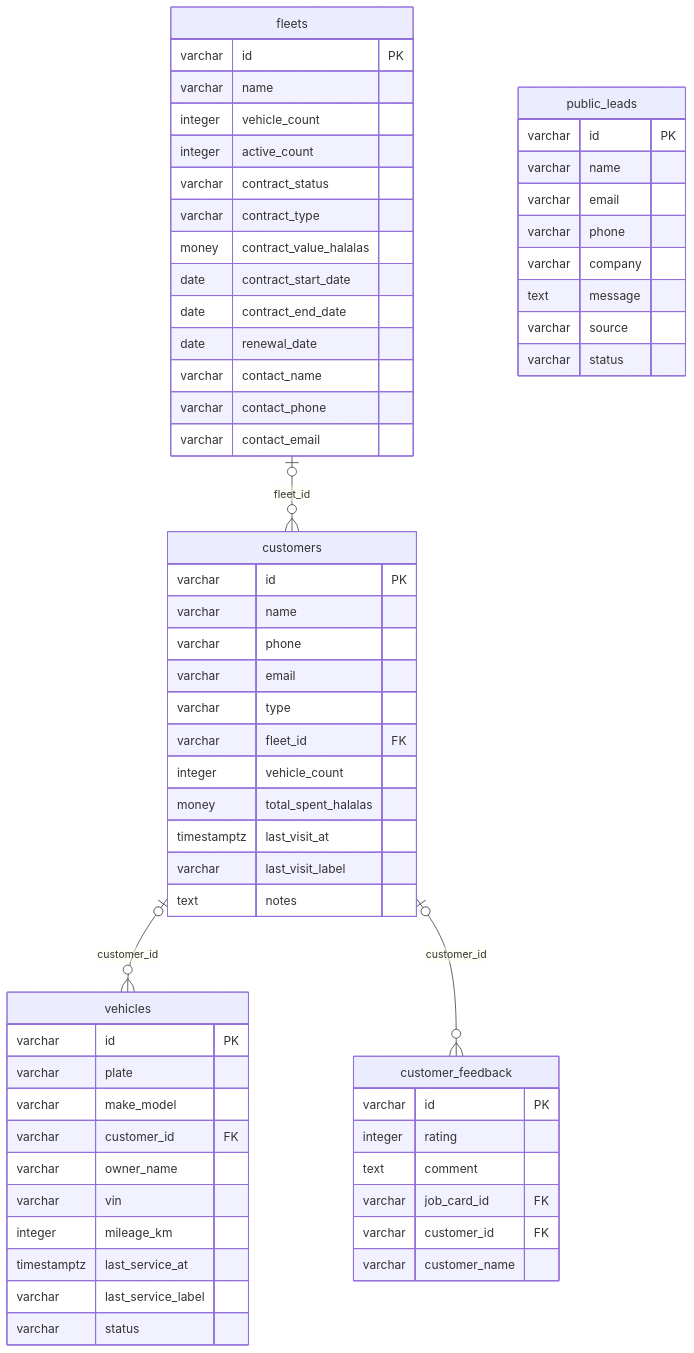
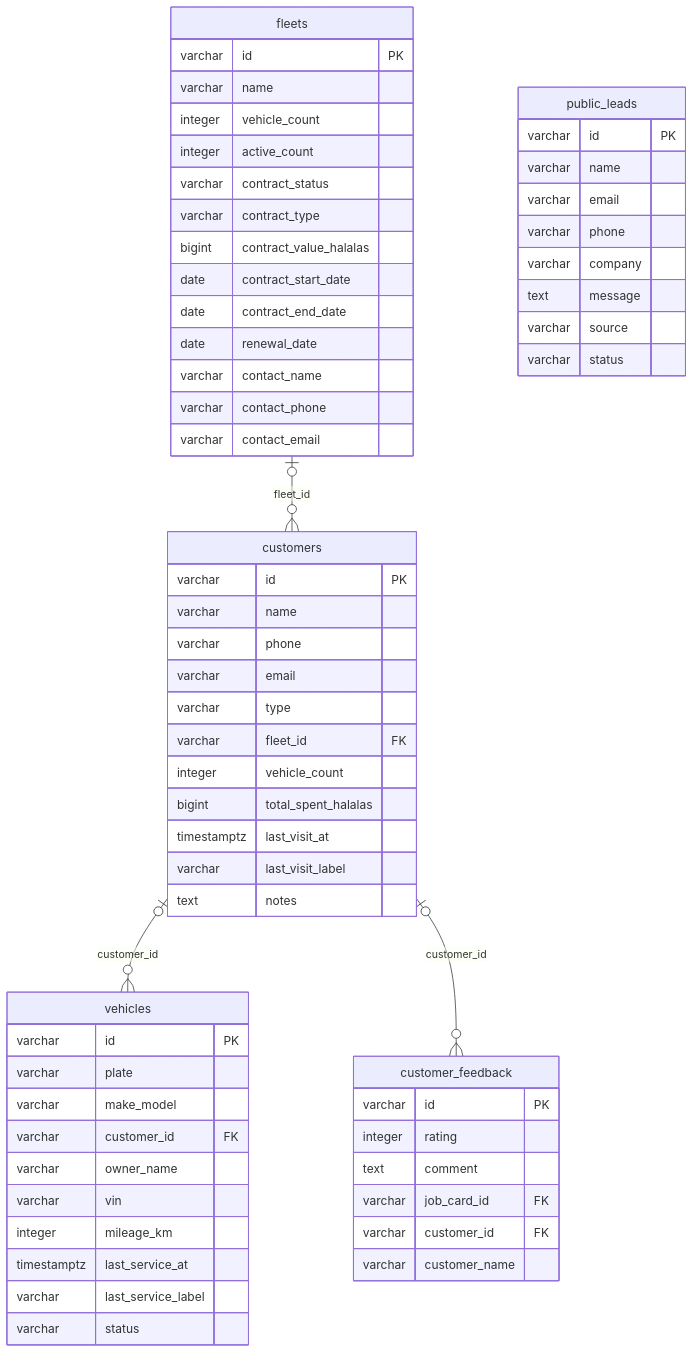
One commit to tazamohd/SlClNe changed the diagram in docs/33_MASTER_DIAGRAM_LIBRARY/ERD/CUSTOMER_ERD.md. Above: the diagram before and after it, drawn with Mermaid. The commit also changed 76 other files, not shown here.

````diff
--- a/docs/33_MASTER_DIAGRAM_LIBRARY/ERD/CUSTOMER_ERD.md
+++ b/docs/33_MASTER_DIAGRAM_LIBRARY/ERD/CUSTOMER_ERD.md
@@ -15,64 +15,64 @@
 ```mermaid
 erDiagram
   fleets {
     varchar id PK
     varchar name
     integer vehicle_count
     integer active_count
     varchar contract_status
     varchar contract_type
-    money contract_value_halalas
+    bigint contract_value_halalas
     date contract_start_date
     date contract_end_date
     date renewal_date
     varchar contact_name
     varchar contact_phone
     varchar contact_email
   }
   customers {
     varchar id PK
     varchar name
     varchar phone
     varchar email
     varchar type
     varchar fleet_id FK
     integer vehicle_count
-    money total_spent_halalas
+    bigint total_spent_halalas
     timestamptz last_visit_at
     varchar last_visit_label
     text notes
   }
   vehicles {
     varchar id PK
     varchar plate
     varchar make_model
     varchar customer_id FK
     varchar owner_name
     varchar vin
     integer mileage_km
     timestamptz last_service_at
     varchar last_service_label
     varchar status
   }
   public_leads {
     varchar id PK
     varchar name
     varchar email
     varchar phone
     varchar company
     text message
     varchar source
     varchar status
   }
   customer_feedback {
     varchar id PK
     integer rating
     text comment
     varchar job_card_id FK
     varchar customer_id FK
     varchar customer_name
   }
   fleets |o--o{ customers : "fleet_id"
   customers |o--o{ vehicles : "customer_id"
   customers |o--o{ customer_feedback : "customer_id"
 ```
````
